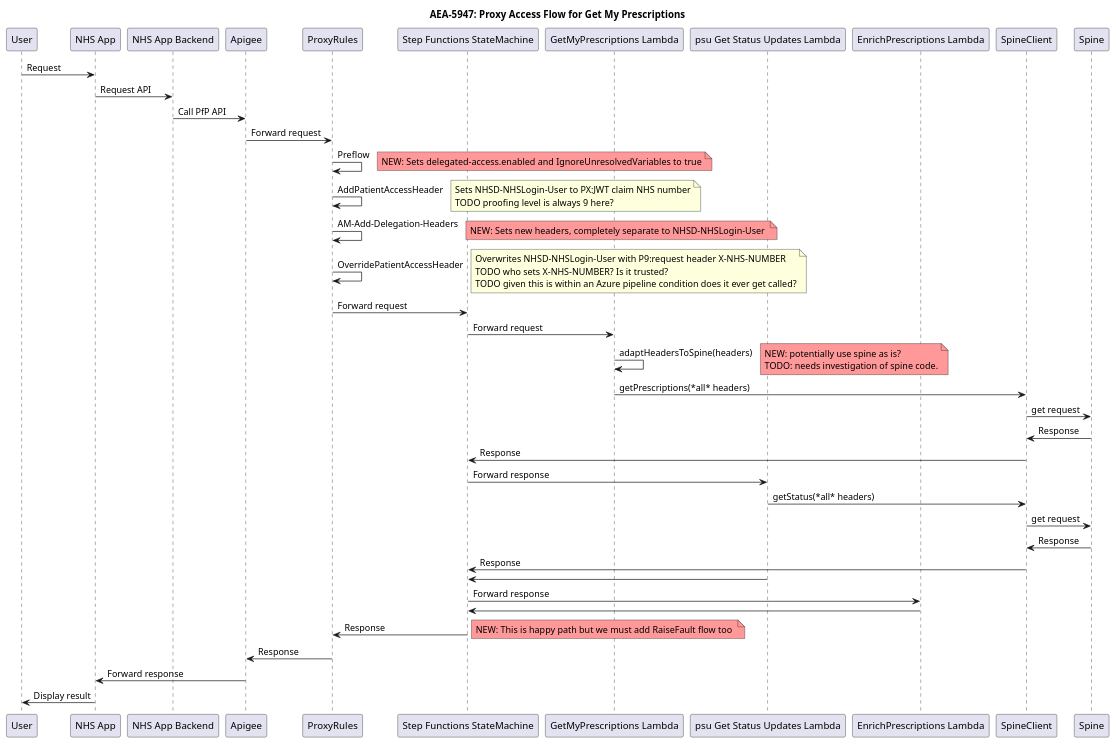
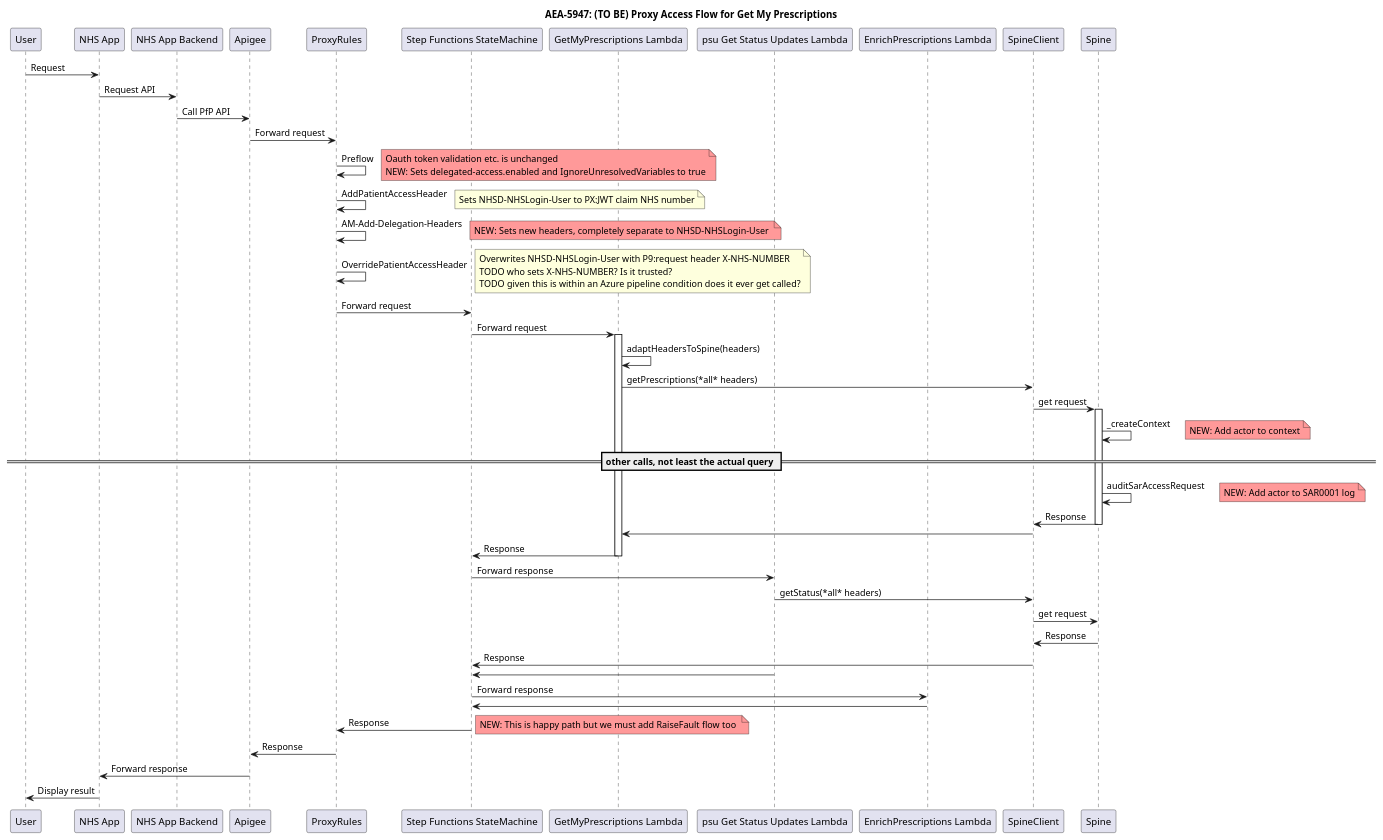
The diagram in docs/pfp-AEA-5947-proxy-access.puml (NHSDigital/prescriptionsforpatients), drawn with PlantUML before and after one commit. The commit also changed 1 other file, not shown here.

Commit message:
docs: update to seq for spine

```diff
--- a/docs/pfp-AEA-5947-proxy-access.puml
+++ b/docs/pfp-AEA-5947-proxy-access.puml
@@ -1,65 +1,75 @@
 @startuml
-title: AEA-5947: Proxy Access Flow for Get My Prescriptions
+title: AEA-5947: (TO BE) Proxy Access Flow for Get My Prescriptions
 
 participant User
 participant "NHS App" as App
 participant "NHS App Backend" as AppBackend
 participant "Apigee" as Apigee
 participant "ProxyRules" as ProxyRules
 participant "Step Functions StateMachine" as StateMachine
 participant "GetMyPrescriptions Lambda" as GmpLambda
 participant "psu Get Status Updates Lambda" as GsuLambda
 participant "EnrichPrescriptions Lambda" as EpLambda
 participant SpineClient
 participant Spine
 
 User -> App: Request
 App -> AppBackend: Request API
 AppBackend -> Apigee: Call PfP API
 Apigee -> ProxyRules: Forward request
 ProxyRules -> ProxyRules: Preflow
 note right #FF9999
+  Oauth token validation etc. is unchanged
   NEW: Sets delegated-access.enabled and IgnoreUnresolvedVariables to true
 end note
 ProxyRules -> ProxyRules: AddPatientAccessHeader
 note right
   Sets NHSD-NHSLogin-User to PX:JWT claim NHS number
-  TODO proofing level is always 9 here?
 end note
 ProxyRules -> ProxyRules: AM-Add-Delegation-Headers
 note right #FF9999
   NEW: Sets new headers, completely separate to NHSD-NHSLogin-User 
 end note
 ProxyRules -> ProxyRules: OverridePatientAccessHeader
 note right
   Overwrites NHSD-NHSLogin-User with P9:request header X-NHS-NUMBER
   TODO who sets X-NHS-NUMBER? Is it trusted?
   TODO given this is within an Azure pipeline condition does it ever get called?
 end note
 ProxyRules -> StateMachine: Forward request
 StateMachine -> GmpLambda: Forward request
+activate GmpLambda
 GmpLambda -> GmpLambda: adaptHeadersToSpine(headers)
-note right #FF9999
-  NEW: potentially use spine as is?
-  TODO: needs investigation of spine code.
-end note
 GmpLambda -> SpineClient: getPrescriptions(*all* headers)
 SpineClient -> Spine: get request
+activate Spine
+Spine -> Spine: _createContext
+note right #FF9999
+  NEW: Add actor to context
+end note
+== other calls, not least the actual query ==
+Spine -> Spine: auditSarAccessRequest
+note right #FF9999
+  NEW: Add actor to SAR0001 log
+end note
 Spine -> SpineClient: Response
-SpineClient -> StateMachine: Response
+deactivate Spine
+SpineClient -> GmpLambda
+GmpLambda -> StateMachine: Response
+deactivate GmpLambda
 StateMachine -> GsuLambda: Forward response
 GsuLambda -> SpineClient: getStatus(*all* headers)
 SpineClient -> Spine: get request
 Spine -> SpineClient: Response
 SpineClient -> StateMachine: Response
 GsuLambda -> StateMachine: 
 StateMachine -> EpLambda: Forward response
 EpLambda -> StateMachine: 
 StateMachine -> ProxyRules: Response
 note right #FF9999
   NEW: This is happy path but we must add RaiseFault flow too 
 end note
 ProxyRules -> Apigee: Response
 Apigee -> App: Forward response
 App -> User: Display result
 @enduml
```
